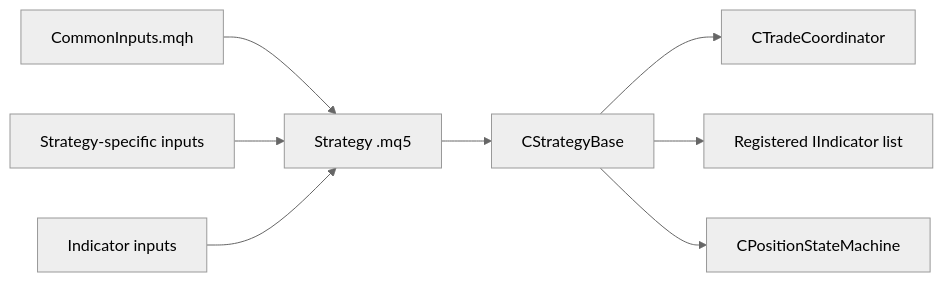
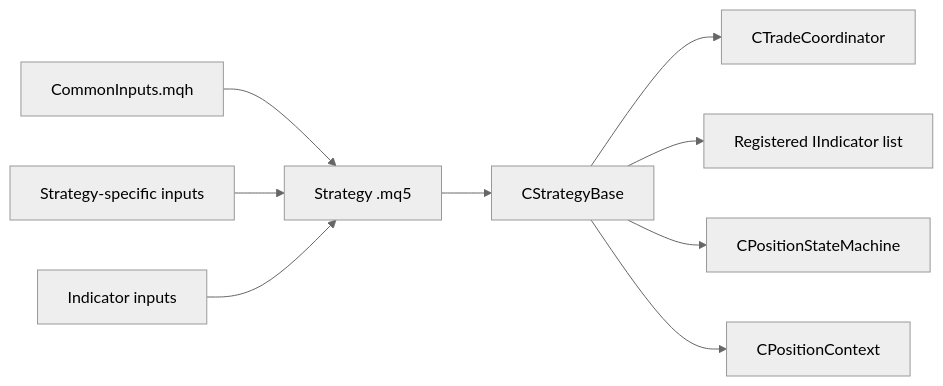
One commit to phbrgnomo/TradeSpine changed the diagram in docs/06_SPEC/SPEC-01_strategy_authoring_surface/SPEC-01_strategy_authoring_surface.readable.md. Above: the diagram before and after it, drawn with Mermaid (neutral theme). The commit also changed other lines of this file and 48 other files, not shown here.

````diff
--- a/docs/06_SPEC/SPEC-01_strategy_authoring_surface/SPEC-01_strategy_authoring_surface.readable.md
+++ b/docs/06_SPEC/SPEC-01_strategy_authoring_surface/SPEC-01_strategy_authoring_surface.readable.md
@@ -21,10 +21,11 @@
 ```mermaid
 flowchart LR
   StrategyFile["Strategy .mq5"] --> Base["CStrategyBase"]
   CommonInputs["CommonInputs.mqh"] --> StrategyFile
   StrategyInputs["Strategy-specific inputs"] --> StrategyFile
   IndicatorInputs["Indicator inputs"] --> StrategyFile
   Base --> Coordinator["CTradeCoordinator"]
   Base --> Indicators["Registered IIndicator list"]
   Base --> StateMachine["CPositionStateMachine"]
+  Base --> PositionContext["CPositionContext"]
 ```
````
